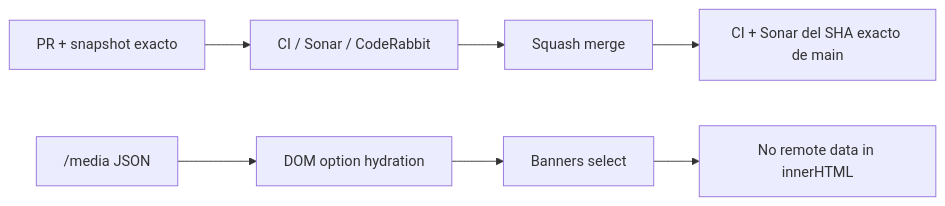
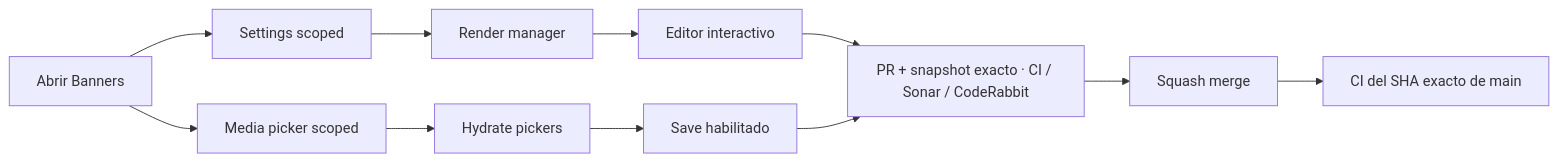
Before and after one commit to pl0n3r/brvtal: the diagram in README.md, drawn with Mermaid. The commit also changed other lines of this file and 9 other files, not shown here.

````diff
--- a/README.md
+++ b/README.md
@@ -48,9 +47,13 @@
 ```mermaid
 flowchart LR
- P["PR + snapshot exacto"] --> Q["CI / Sonar / CodeRabbit"]
- M["/media JSON"] --> H["DOM option hydration"]
- H --> S["Banners select"]
- S --> X["No remote data in innerHTML"]
- Q --> G["Squash merge"]
- G --> V["CI + Sonar del SHA exacto de main"]
+ A["Abrir Banners"] --> S["Settings scoped"]
+ A --> M["Media picker scoped"]
+ S --> R["Render manager"]
+ M --> H["Hydrate pickers"]
+ R --> I["Editor interactivo"]
+ H --> V["Save habilitado"]
+ I --> G["PR + snapshot exacto · CI / Sonar / CodeRabbit"]
+ V --> G
+ G --> Q["Squash merge"]
+ Q --> X["CI del SHA exacto de main"]
 ```
````
